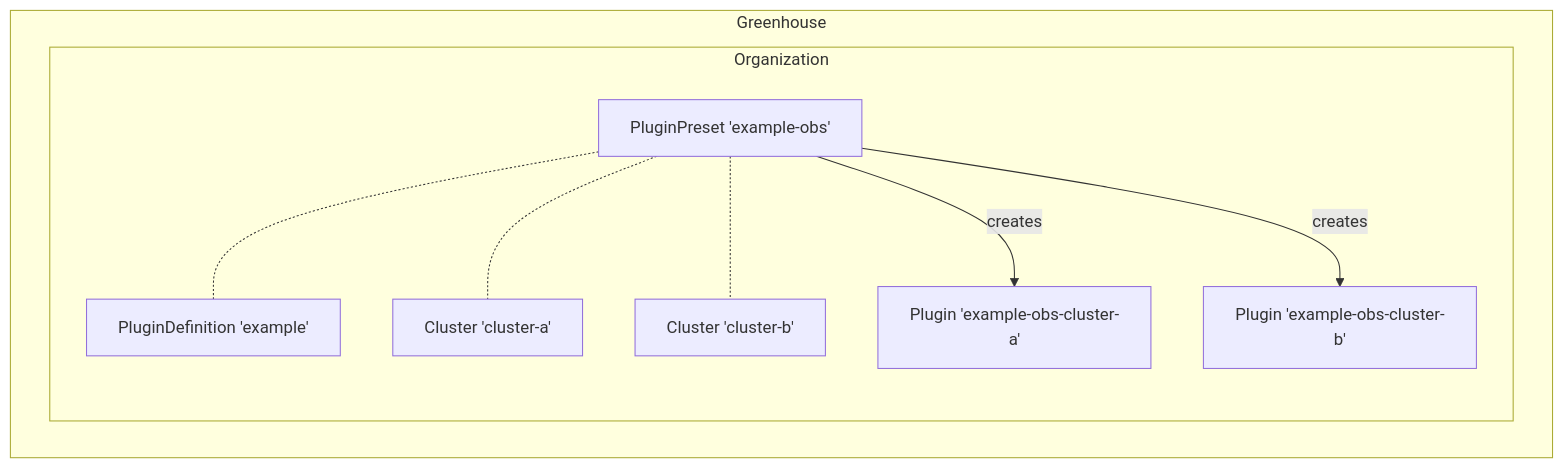
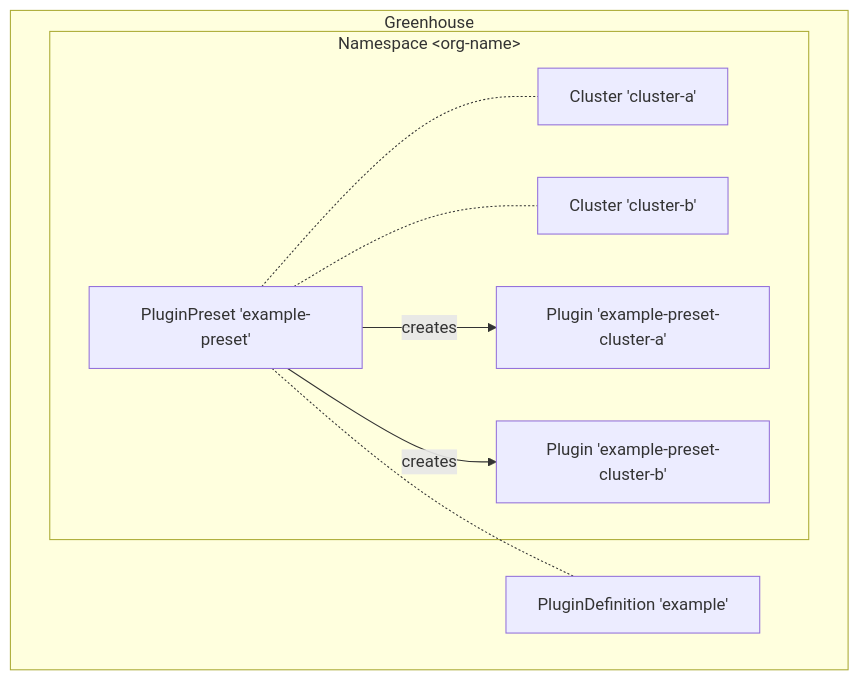
One commit to cloudoperators/greenhouse changed the second of 2 diagrams in docs/getting-started/core-concepts/plugins.md. Above: the diagram before and after it, drawn with Mermaid. The commit also changed other lines of this file and 4 other files, not shown here.

````diff
--- a/docs/getting-started/core-concepts/plugins.md
+++ b/docs/getting-started/core-concepts/plugins.md
@@ -45,19 +48,19 @@
 ```mermaid
 flowchart TB
   subgraph "Greenhouse" 
-    subgraph "Organization" 
-        pluginDefinition[PluginDefinition 'example']
-        pluginPreset[PluginPreset 'example-obs']
+    pluginDefinition[PluginDefinition 'example']
+    subgraph "Namespace &lt;org-name&gt;"  
+        pluginPreset[PluginPreset 'example-preset']
         clusterA[Cluster 'cluster-a']
         clusterB[Cluster 'cluster-b']
-        plugin1[Plugin 'example-obs-cluster-a']
-        plugin2[Plugin 'example-obs-cluster-b']
+        plugin1[Plugin 'example-preset-cluster-a']
+        plugin2[Plugin 'example-preset-cluster-b']
     end
   end
 
   pluginPreset -.- clusterA
   pluginPreset -.- clusterB
   pluginPreset -.- pluginDefinition
   pluginPreset --"creates"--> plugin1
   pluginPreset --"creates"--> plugin2
 ```
````
